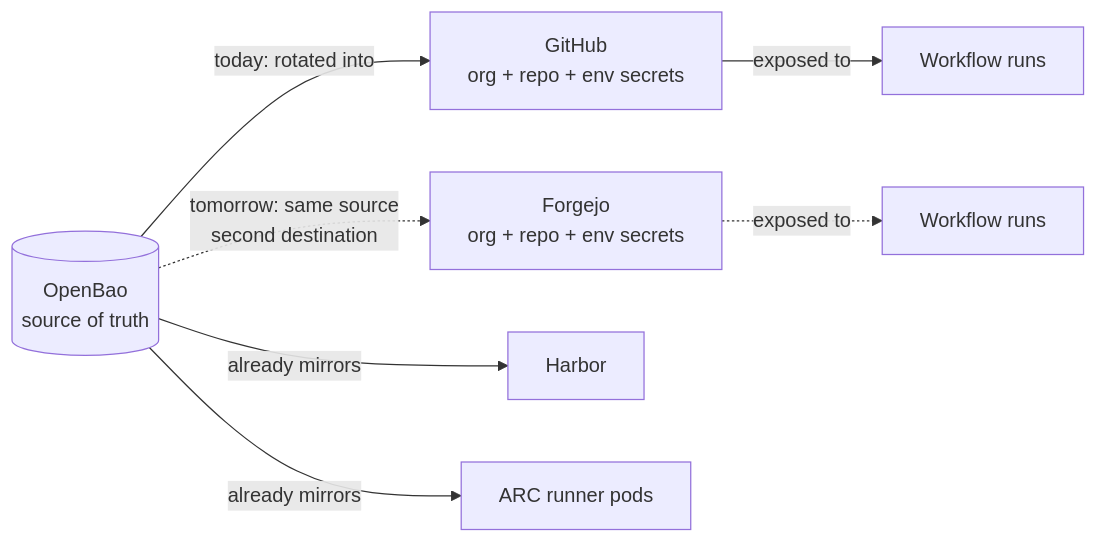
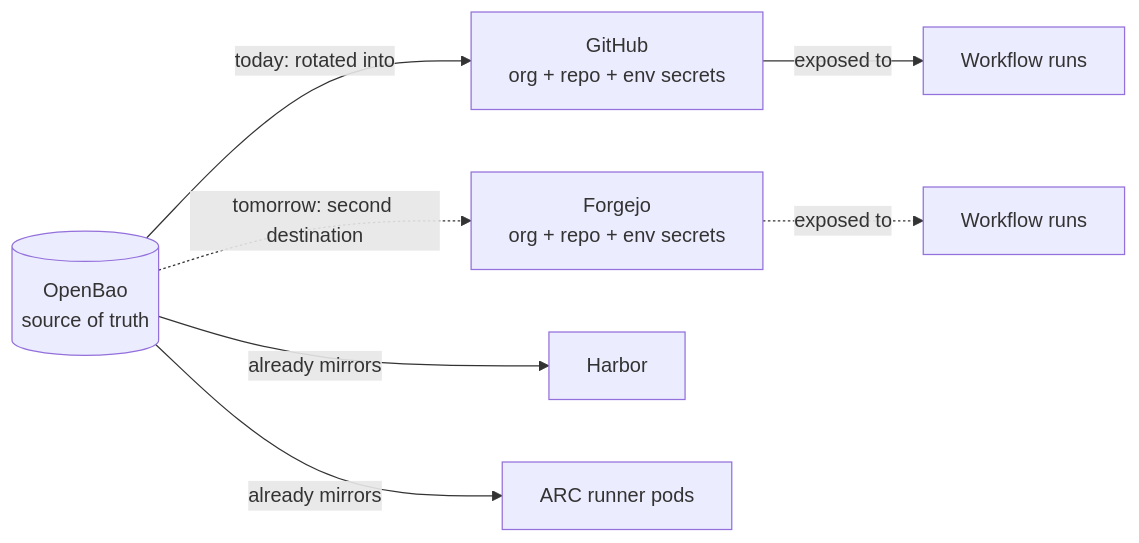
Before and after one commit to hyperi-io/hyperi-ci: the first of 3 diagrams in docs/migration/codeberg-secrets-and-ci.md, drawn with Mermaid. The commit also changed other lines of this file, not shown here.

Commit message:
docs: trim codeberg-secrets-and-ci and fix the workflow list

````diff
--- a/docs/migration/codeberg-secrets-and-ci.md
+++ b/docs/migration/codeberg-secrets-and-ci.md
@@ -34,11 +22,11 @@
 ```mermaid
 graph LR
-    OB[(OpenBao<br/>source of truth)] -->|today: rotated into| GH[GitHub<br/>org + repo + env secrets]
+    OB[("OpenBao<br/>source of truth")] -->|"today: rotated into"| GH["GitHub<br/>org + repo + env secrets"]
     GH -->|exposed to| Run[Workflow runs]
 
-    OB -.->|tomorrow: same source<br/>second destination| FJ[Forgejo<br/>org + repo + env secrets]
+    OB -.->|"tomorrow: second destination"| FJ["Forgejo<br/>org + repo + env secrets"]
     FJ -.->|exposed to| Run2[Workflow runs]
 
     OB -->|already mirrors| Harbor[Harbor]
     OB -->|already mirrors| ARC[ARC runner pods]
 ```
````
